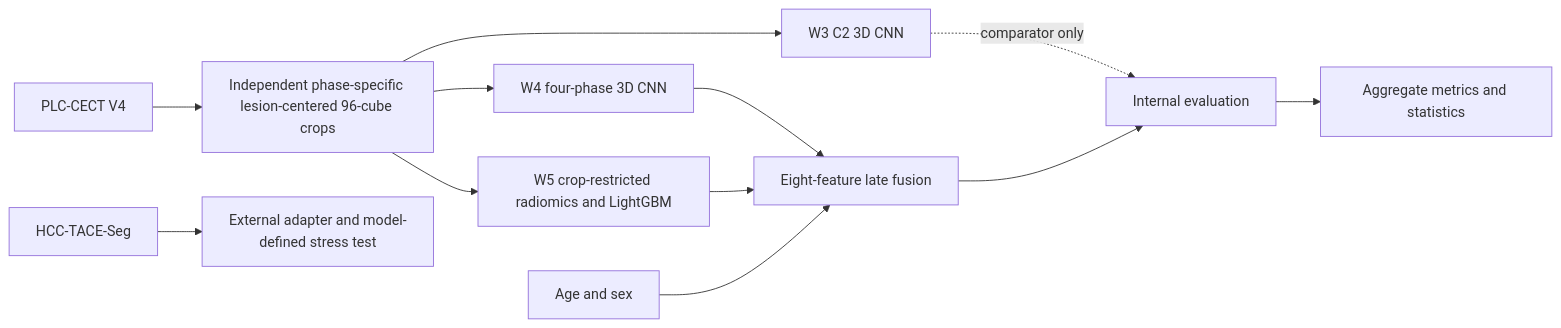
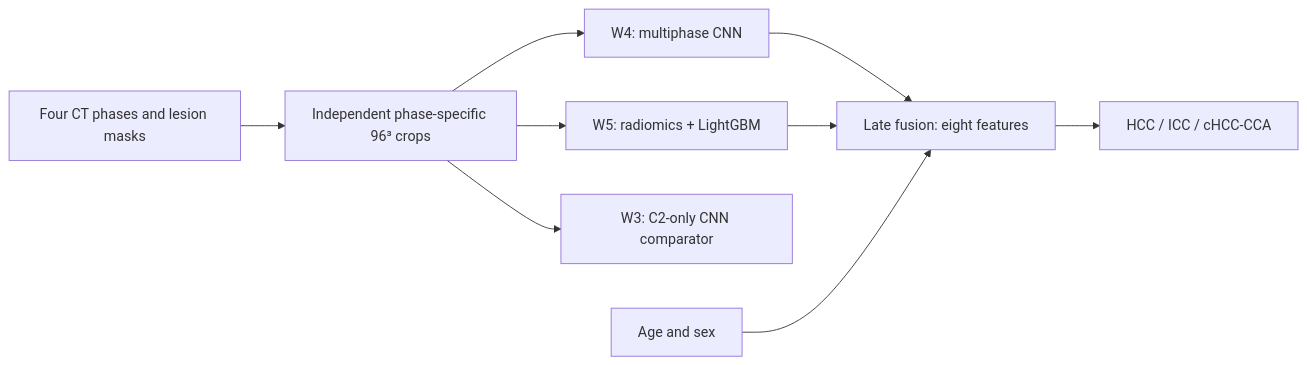
Before and after one commit to hamzaelmassaoudy/multimodal-liver-tumor-classification: the diagram in README.md, drawn with Mermaid. The commit also changed other lines of this file and 39 other files, not shown here.

````diff
--- a/README.md
+++ b/README.md
@@ -35,14 +65,11 @@
 ```mermaid
 flowchart LR
-    A[PLC-CECT V4] --> B[Independent phase-specific lesion-centered 96-cube crops]
-    B --> C[W3 C2 3D CNN]
-    B --> D[W4 four-phase 3D CNN]
-    B --> E[W5 crop-restricted radiomics and LightGBM]
-    D --> F[Eight-feature late fusion]
-    E --> F
-    G[Age and sex] --> F
-    C -. comparator only .-> H[Internal evaluation]
-    F --> H
-    H --> I[Aggregate metrics and statistics]
-    J[HCC-TACE-Seg] --> K[External adapter and model-defined stress test]
+    CT["Four CT phases and lesion masks"] --> Crop["Independent phase-specific 96³ crops"]
+    Crop --> W4["W4: multiphase CNN"]
+    Crop --> W5["W5: radiomics + LightGBM"]
+    Crop --> W3["W3: C2-only CNN comparator"]
+    W4 --> Fusion["Late fusion: eight features"]
+    W5 --> Fusion
+    Clinical["Age and sex"] --> Fusion
+    Fusion --> Classes["HCC / ICC / cHCC-CCA"]
 ```
````
